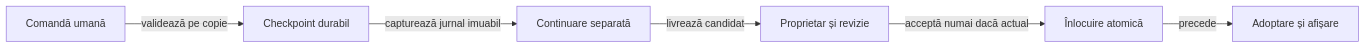
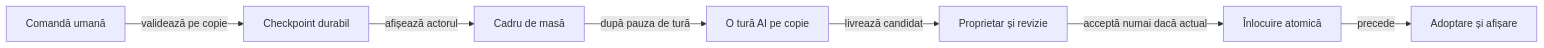
The diagram in docs/rentz/ATF_Lifecycle.md (crististefanita/atf_j5), drawn with Mermaid before and after one commit. The commit also changed other lines of this file and 22 other files, not shown here.

````diff
--- a/docs/rentz/ATF_Lifecycle.md
+++ b/docs/rentz/ATF_Lifecycle.md
@@ -17,8 +17,9 @@
 ```mermaid
 flowchart LR
     HUMAN[Comandă umană] -->|validează pe copie| CHECKPOINT[Checkpoint durabil]
-    CHECKPOINT -->|capturează jurnal imuabil| WORK[Continuare separată]
+    CHECKPOINT -->|afișează actorul| FRAME[Cadru de masă]
+    FRAME -->|după pauza de tură| WORK[O tură AI pe copie]
     WORK -->|livrează candidat| GUARD[Proprietar și revizie]
     GUARD -->|acceptă numai dacă actual| STORE[Înlocuire atomică]
     STORE -->|precede| ADOPT[Adoptare și afișare]
 ```
````
